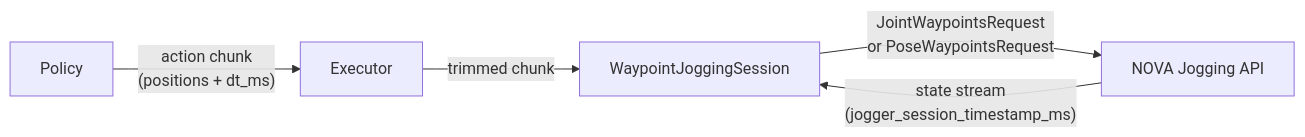
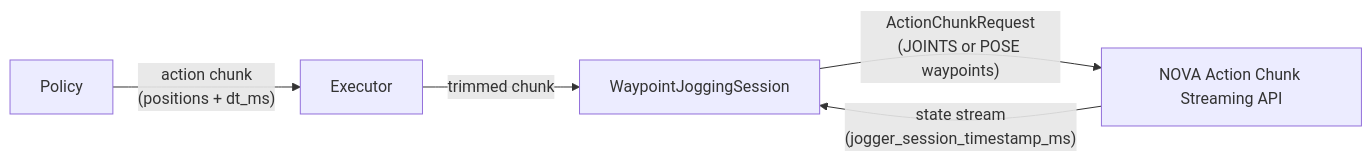
One commit to wandelbotsgmbh/wandelbots-nova changed the diagram in novapolicy/docs/executor.md. Above: the diagram before and after it, drawn with Mermaid. The commit also changed other lines of this file and 149 other files, not shown here.

````diff
--- a/novapolicy/docs/executor.md
+++ b/novapolicy/docs/executor.md
@@ -9,7 +9,7 @@
 ```mermaid
 flowchart LR
     Policy["Policy"] -->|"action chunk\n(positions + dt_ms)"| Executor
     Executor -->|"trimmed chunk"| Session["WaypointJoggingSession"]
-    Session -->|"JointWaypointsRequest\nor PoseWaypointsRequest"| NOVA["NOVA Jogging API"]
+    Session -->|"ActionChunkRequest\n(JOINTS or POSE waypoints)"| NOVA["NOVA Action Chunk Streaming API"]
     NOVA -->|"state stream\n(jogger_session_timestamp_ms)"| Session
 ```
````
